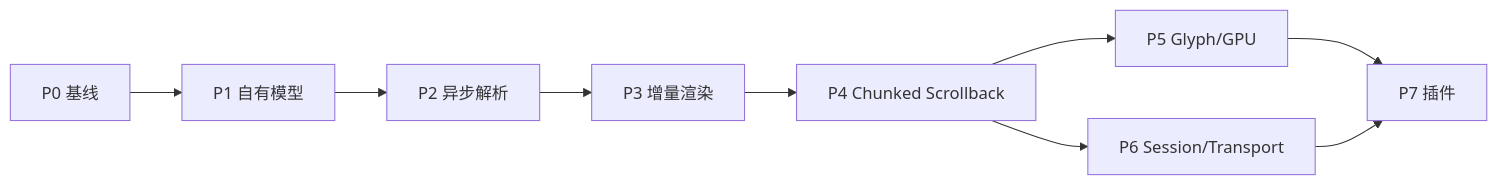
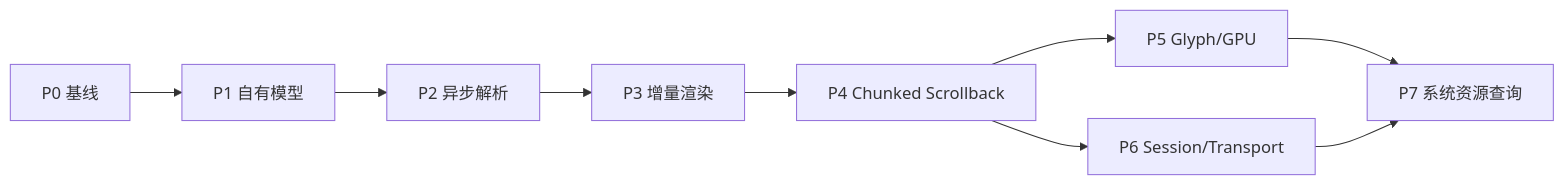
The diagram in docs/architecture/Development_Roadmap.md (han-shao-jun/NovaTerm), drawn with Mermaid before and after one commit. The commit also changed other lines of this file and 8 other files, not shown here.

````diff
--- a/docs/architecture/Development_Roadmap.md
+++ b/docs/architecture/Development_Roadmap.md
@@ -5,11 +5,11 @@
 ```mermaid
 flowchart LR
     P0[P0 基线] --> P1[P1 自有模型]
     P1 --> P2[P2 异步解析]
     P2 --> P3[P3 增量渲染]
     P3 --> P4[P4 Chunked Scrollback]
     P4 --> P5[P5 Glyph/GPU]
     P4 --> P6[P6 Session/Transport]
-    P5 --> P7[P7 插件]
+    P5 --> P7[P7 系统资源查询]
     P6 --> P7
 ```
````
